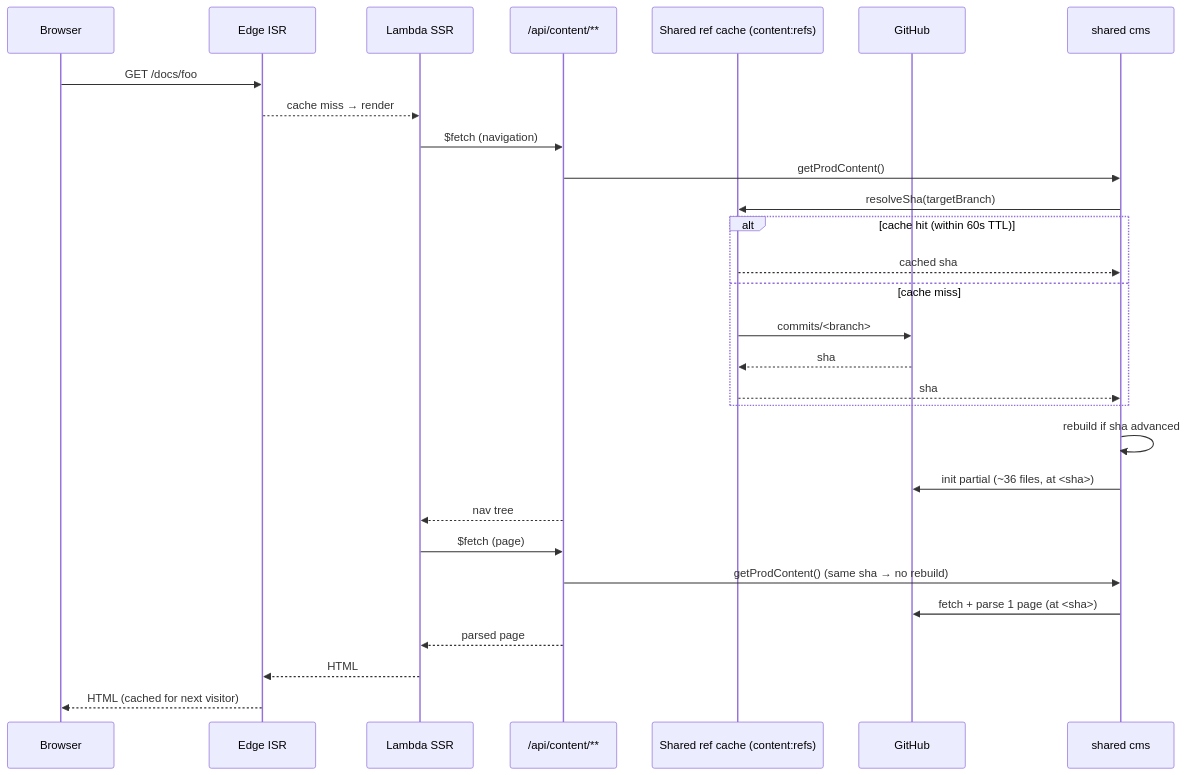
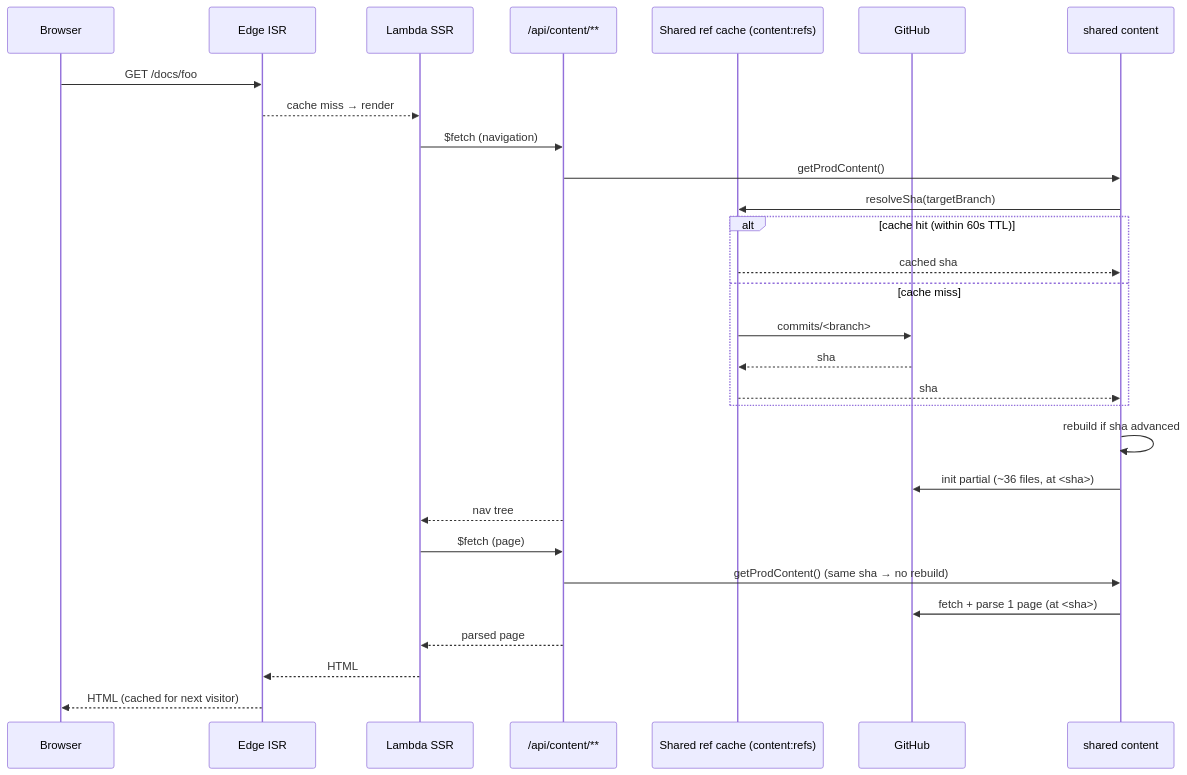
One commit to comarkdown/comark-docs changed the diagram in docs/cold-page-request.md. Above: the diagram before and after it, drawn with Mermaid. The commit also changed 38 other files, not shown here.

Commit message:
docs: update og image and rename cms to content

````diff
--- a/docs/cold-page-request.md
+++ b/docs/cold-page-request.md
@@ -5,35 +5,35 @@
 ```mermaid
 sequenceDiagram
   participant Browser
   participant Edge as Edge ISR
   participant SSR as Lambda SSR
-  participant CMSRoute as /api/content/**
+  participant ContentRoute as /api/content/**
   participant Refs as Shared ref cache (content:refs)
   participant GH as GitHub
-  participant CMS as shared cms
+  participant Content as shared content
 
   Browser->>Edge: GET /docs/foo
   Edge-->>SSR: cache miss → render
 
-  SSR->>CMSRoute: $fetch (navigation)
-  CMSRoute->>CMS: getProdContent()
-  CMS->>Refs: resolveSha(targetBranch)
+  SSR->>ContentRoute: $fetch (navigation)
+  ContentRoute->>Content: getProdContent()
+  Content->>Refs: resolveSha(targetBranch)
   alt cache hit (within 60s TTL)
-    Refs-->>CMS: cached sha
+    Refs-->>Content: cached sha
   else cache miss
     Refs->>GH: commits/<branch>
     GH-->>Refs: sha
-    Refs-->>CMS: sha
+    Refs-->>Content: sha
   end
-  CMS->>CMS: rebuild if sha advanced
-  CMS->>GH: init partial (~36 files, at <sha>)
-  CMSRoute-->>SSR: nav tree
+  Content->>Content: rebuild if sha advanced
+  Content->>GH: init partial (~36 files, at <sha>)
+  ContentRoute-->>SSR: nav tree
 
-  SSR->>CMSRoute: $fetch (page)
-  CMSRoute->>CMS: getProdContent() (same sha → no rebuild)
-  CMS->>GH: fetch + parse 1 page (at <sha>)
-  CMSRoute-->>SSR: parsed page
+  SSR->>ContentRoute: $fetch (page)
+  ContentRoute->>Content: getProdContent() (same sha → no rebuild)
+  Content->>GH: fetch + parse 1 page (at <sha>)
+  ContentRoute-->>SSR: parsed page
 
   SSR-->>Edge: HTML
   Edge-->>Browser: HTML (cached for next visitor)
 ```
````
